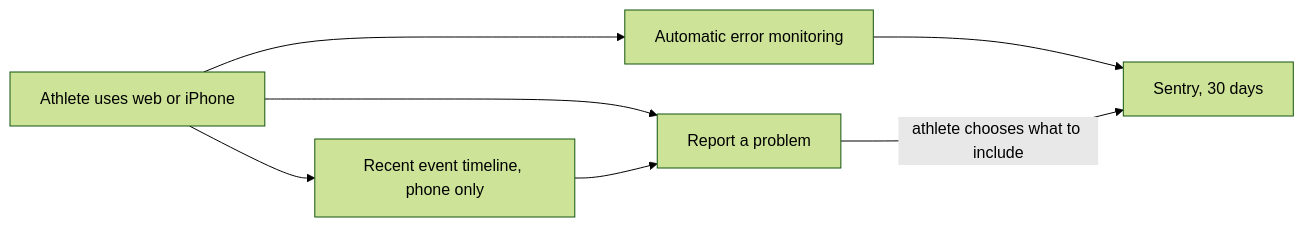
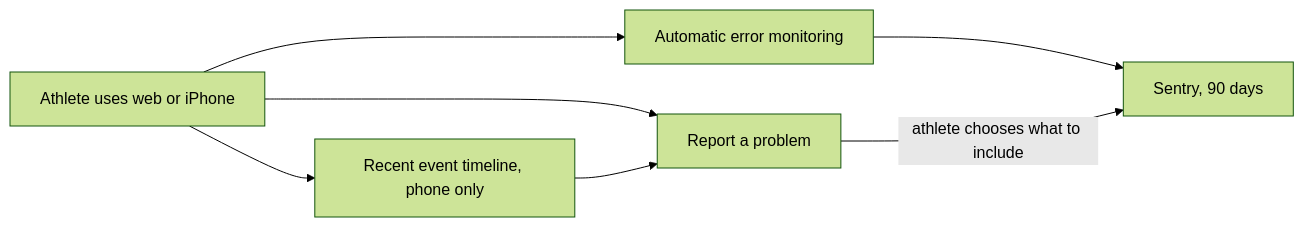
The first of 2 diagrams in docs/plans/ops-observability-rage-reports.md (sibling-shipyard/coach-hq), drawn with Mermaid (forest theme) before and after one commit. The commit also changed other lines of this file and 1 other file, not shown here.

First line of the commit message:
core: Sentry triage runbook (#585)

````diff
--- a/docs/plans/ops-observability-rage-reports.md
+++ b/docs/plans/ops-observability-rage-reports.md
@@ -14,9 +14,9 @@
 ```mermaid
 flowchart LR
   U["Athlete uses web or iPhone"] --> M["Automatic error monitoring"]
-  M --> S["Sentry, 30 days"]
+  M --> S["Sentry, 90 days"]
   U --> P["Recent event timeline, phone only"]
   U --> R["Report a problem"]
   P --> R
   R -->|athlete chooses what to include| S
 ```
````
